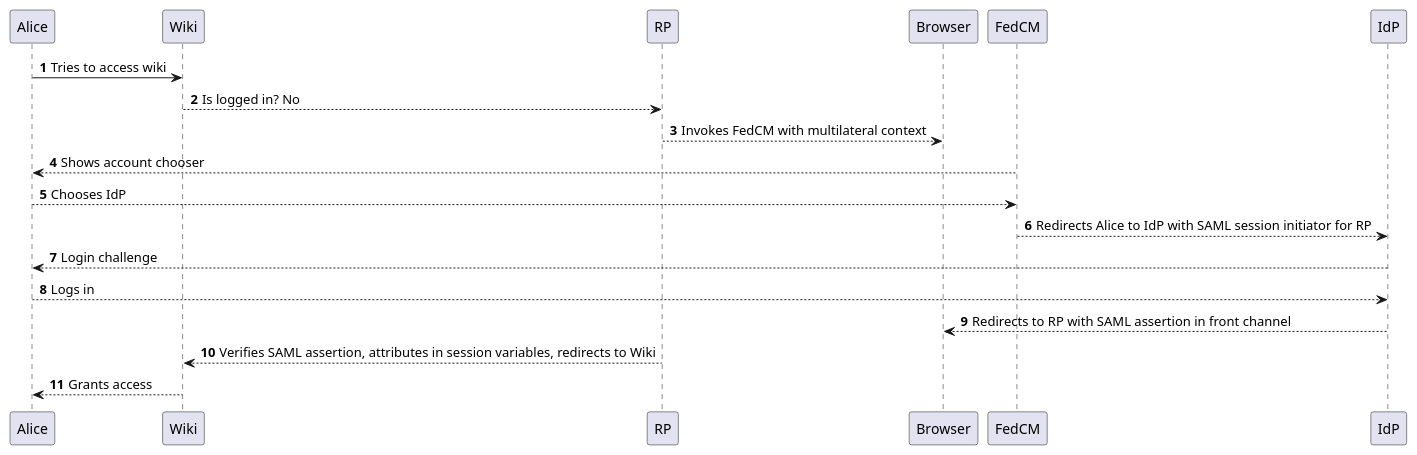
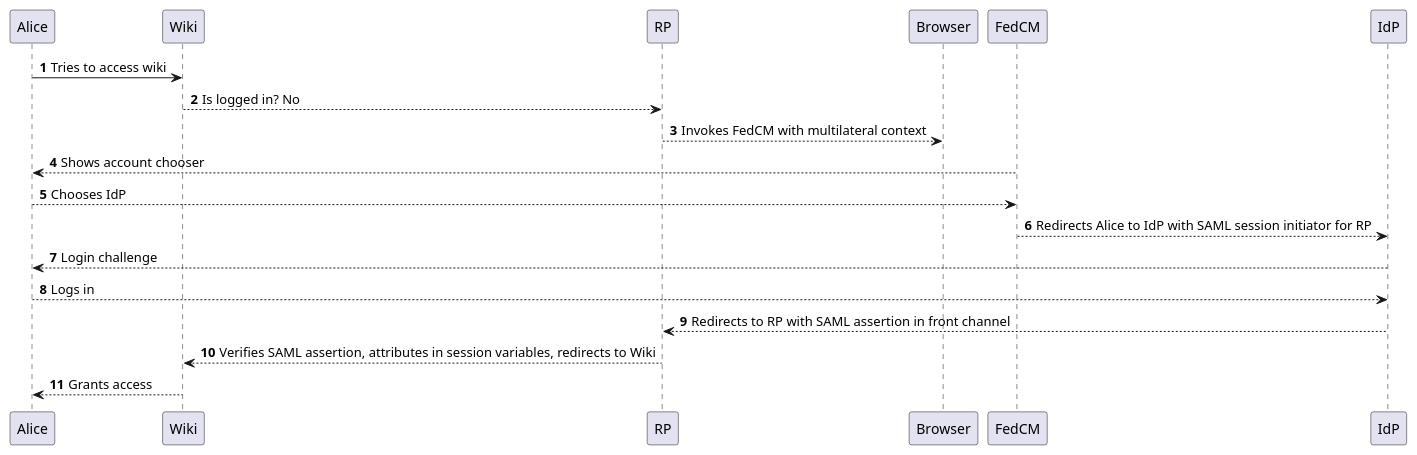
The diagram in documentation/fedcm-rne-sequence.plantuml (nckroy/ApacheDS-Docker), drawn with PlantUML before and after one commit. The commit also changed 1 other file, not shown here.

Commit message:
Updated sequence diagram

```diff
--- a/documentation/fedcm-rne-sequence.plantuml
+++ b/documentation/fedcm-rne-sequence.plantuml
@@ -1,17 +1,17 @@
 @startuml
 'https://plantuml.com/sequence-diagram
 
 autonumber
 
 Alice -> Wiki: Tries to access wiki
 Wiki --> RP: Is logged in? No
 RP --> Browser: Invokes FedCM with multilateral context
 FedCM --> Alice: Shows account chooser
 Alice --> FedCM: Chooses IdP
 FedCM --> IdP: Redirects Alice to IdP with SAML session initiator for RP
 IdP --> Alice: Login challenge
 Alice --> IdP: Logs in
-IdP --> Browser: Redirects to RP with SAML assertion in front channel
+IdP --> RP: Redirects to RP with SAML assertion in front channel
 RP --> Wiki: Verifies SAML assertion, attributes in session variables, redirects to Wiki
 Wiki --> Alice: Grants access
 @enduml
```
